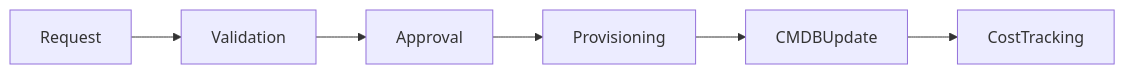
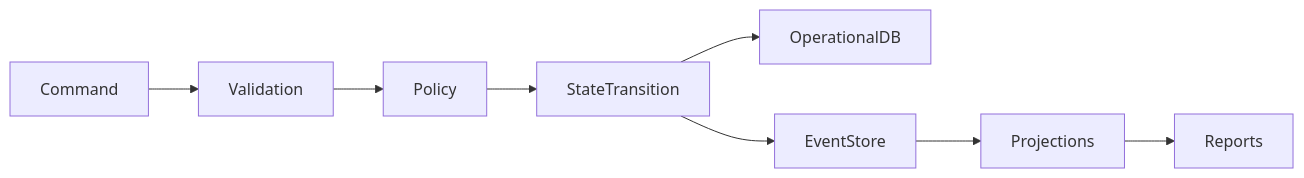
The diagram in Resource Lifecycle Management Platform/high-level-design/data-flow-diagrams.md (0Ankit0/Project-Ideas), drawn with Mermaid before and after one commit. The commit also changed other lines of this file and 37 other files, not shown here.

````diff
--- a/Resource Lifecycle Management Platform/high-level-design/data-flow-diagrams.md
+++ b/Resource Lifecycle Management Platform/high-level-design/data-flow-diagrams.md
@@ -3,4 +34,7 @@
 ```mermaid
 flowchart LR
-  Request --> Validation --> Approval --> Provisioning --> CMDBUpdate --> CostTracking
+  Command --> Validation --> Policy --> StateTransition
+  StateTransition --> OperationalDB
+  StateTransition --> EventStore
+  EventStore --> Projections --> Reports
 ```
````
